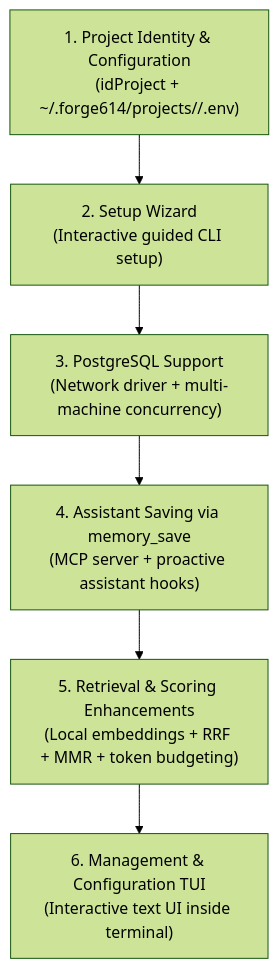
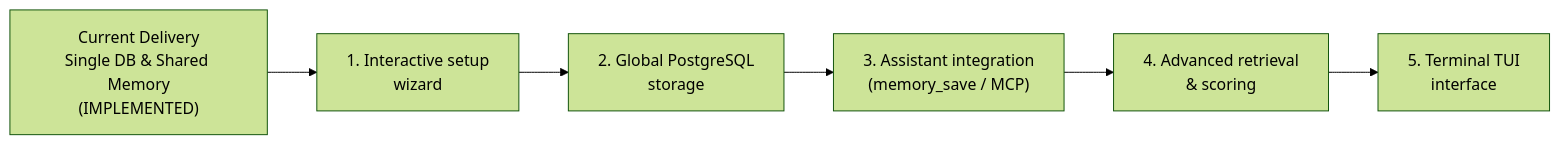
One commit to jotredev/forge614-engram changed the diagram in docs/en/08-boundaries-and-roadmap.md. Above: the diagram before and after it, drawn with Mermaid (forest theme). The commit also changed other lines of this file and 43 other files, not shown here.

First line of the commit message:
Add project identity, shared memory, and single-workspace storage model

````diff
--- a/docs/en/08-boundaries-and-roadmap.md
+++ b/docs/en/08-boundaries-and-roadmap.md
@@ -146,8 +102,8 @@
 ```mermaid
-flowchart TD
-    F1["1. Project Identity & Configuration<br>(idProject + ~/.forge614/projects/<idProject>/.env)"] --> F2["2. Setup Wizard<br>(Interactive guided CLI setup)"]
-    F2 --> F3["3. PostgreSQL Support<br>(Network driver + multi-machine concurrency)"]
-    F3 --> F4["4. Assistant Saving via memory_save<br>(MCP server + proactive assistant hooks)"]
-    F4 --> F5["5. Retrieval & Scoring Enhancements<br>(Local embeddings + RRF + MMR + token budgeting)"]
-    F5 --> F6["6. Management & Configuration TUI<br>(Interactive text UI inside terminal)"]
+flowchart LR
+    E1["Current Delivery<br>Single DB & Shared Memory<br>(IMPLEMENTED)"] --> P1["1. Interactive setup<br>wizard"]
+    P1 --> P2["2. Global PostgreSQL<br>storage"]
+    P2 --> P3["3. Assistant integration<br>(memory_save / MCP)"]
+    P3 --> P4["4. Advanced retrieval<br>& scoring"]
+    P4 --> P5["5. Terminal TUI<br>interface"]
 ```
````
